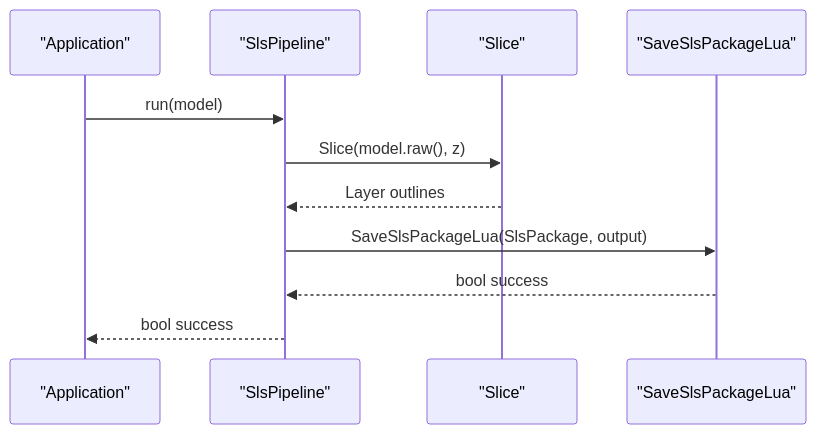
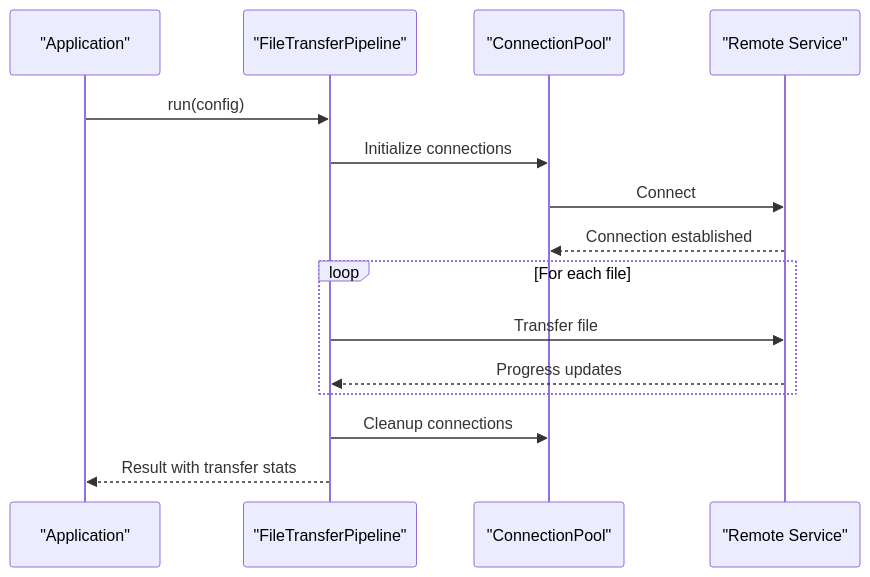
One commit to hsmbanlance/HsBaSlicer changed the sixth of 9 diagrams in .qoder/repowiki/en/content/Core Architecture/Pipeline Types Abstraction.md. Above: the diagram before and after it, drawn with Mermaid. The commit also changed other lines of this file and 14 other files, not shown here.

````diff
--- a/.qoder/repowiki/en/content/Core Architecture/Pipeline Types Abstraction.md
+++ b/.qoder/repowiki/en/content/Core Architecture/Pipeline Types Abstraction.md
@@ -296,13 +387,17 @@
 ```mermaid
 sequenceDiagram
 participant App as "Application"
-participant Sls as "SlsPipeline"
-participant Slice as "Slice"
-participant Export as "SaveSlsPackageLua"
-App->>Sls : run(model)
-Sls->>Slice : Slice(model.raw(), z)
-Slice-->>Sls : Layer outlines
-Sls->>Export : SaveSlsPackageLua(SlsPackage, output)
-Export-->>Sls : bool success
-Sls-->>App : bool success
+participant FTP as "FileTransferPipeline"
+participant Pool as "ConnectionPool"
+participant Remote as "Remote Service"
+App->>FTP : run(config)
+FTP->>Pool : Initialize connections
+Pool->>Remote : Connect
+Remote-->>Pool : Connection established
+loop For each file
+FTP->>Remote : Transfer file
+Remote-->>FTP : Progress updates
+end
+FTP->>Pool : Cleanup connections
+FTP-->>App : Result with transfer stats
 ```
````
